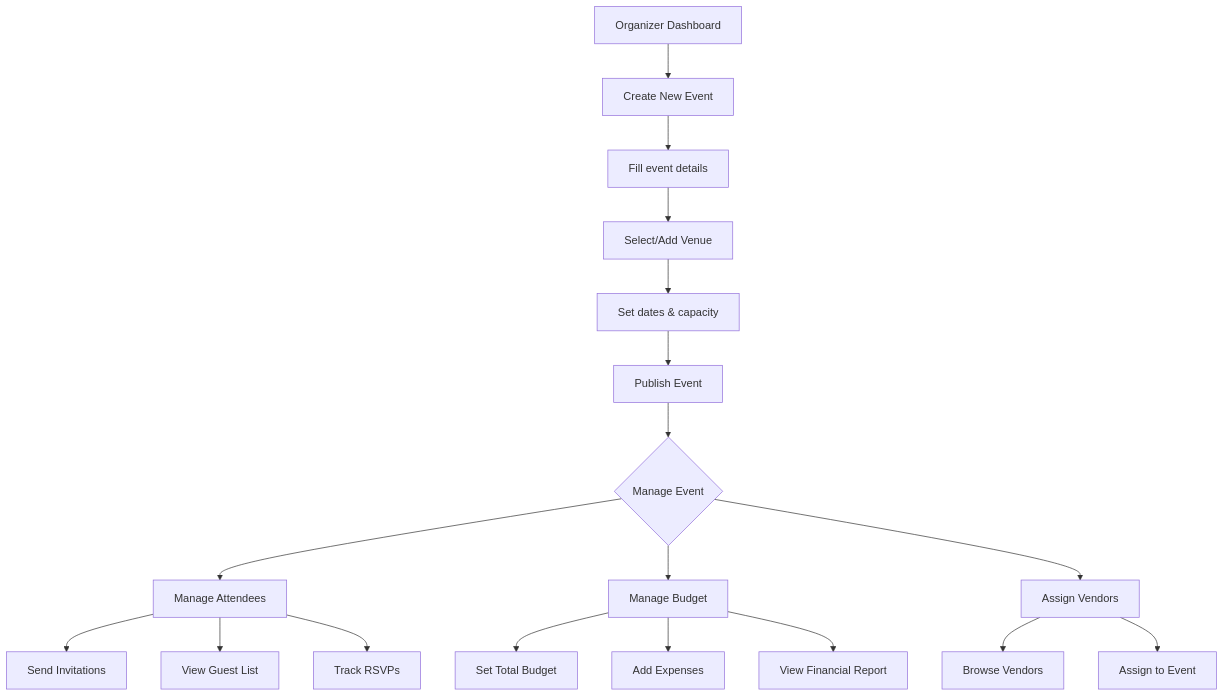
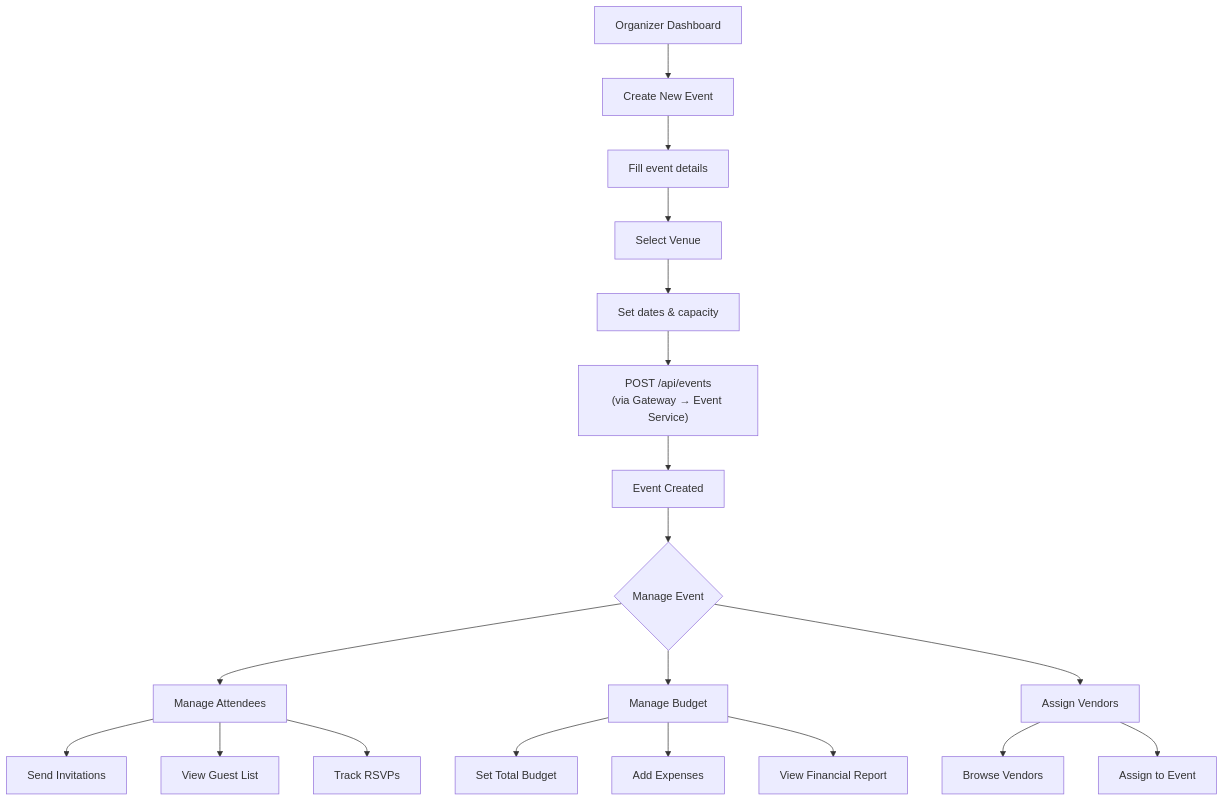
Before and after one commit to aiyan-shamshad/EventZen: the second of 5 diagrams in docs/UserFlow.md, drawn with Mermaid. The commit also changed other lines of this file and 5 other files, not shown here.

Commit message:
Phase 1: Project setup with database init, ER diagram, and docs

````diff
--- a/docs/UserFlow.md
+++ b/docs/UserFlow.md
@@ -31,24 +31,25 @@
 ```mermaid
 flowchart TD
     A[Organizer Dashboard] --> B[Create New Event]
     B --> C[Fill event details]
-    C --> D[Select/Add Venue]
+    C --> D[Select Venue]
     D --> E[Set dates & capacity]
-    E --> F[Publish Event]
-    
-    F --> G{Manage Event}
-    G --> H[Manage Attendees]
-    G --> I[Manage Budget]
-    G --> J[Assign Vendors]
-    
-    H --> H1[Send Invitations]
-    H --> H2[View Guest List]
-    H --> H3[Track RSVPs]
-    
-    I --> I1[Set Total Budget]
-    I --> I2[Add Expenses]
-    I --> I3[View Financial Report]
-    
-    J --> J1[Browse Vendors]
-    J --> J2[Assign to Event]
+    E --> F["POST /api/events<br/>(via Gateway → Event Service)"]
+    F --> G[Event Created]
+
+    G --> H{Manage Event}
+    H --> I[Manage Attendees]
+    H --> J[Manage Budget]
+    H --> K[Assign Vendors]
+
+    I --> I1[Send Invitations]
+    I --> I2[View Guest List]
+    I --> I3[Track RSVPs]
+
+    J --> J1[Set Total Budget]
+    J --> J2[Add Expenses]
+    J --> J3[View Financial Report]
+
+    K --> K1[Browse Vendors]
+    K --> K2[Assign to Event]
 ```
````
